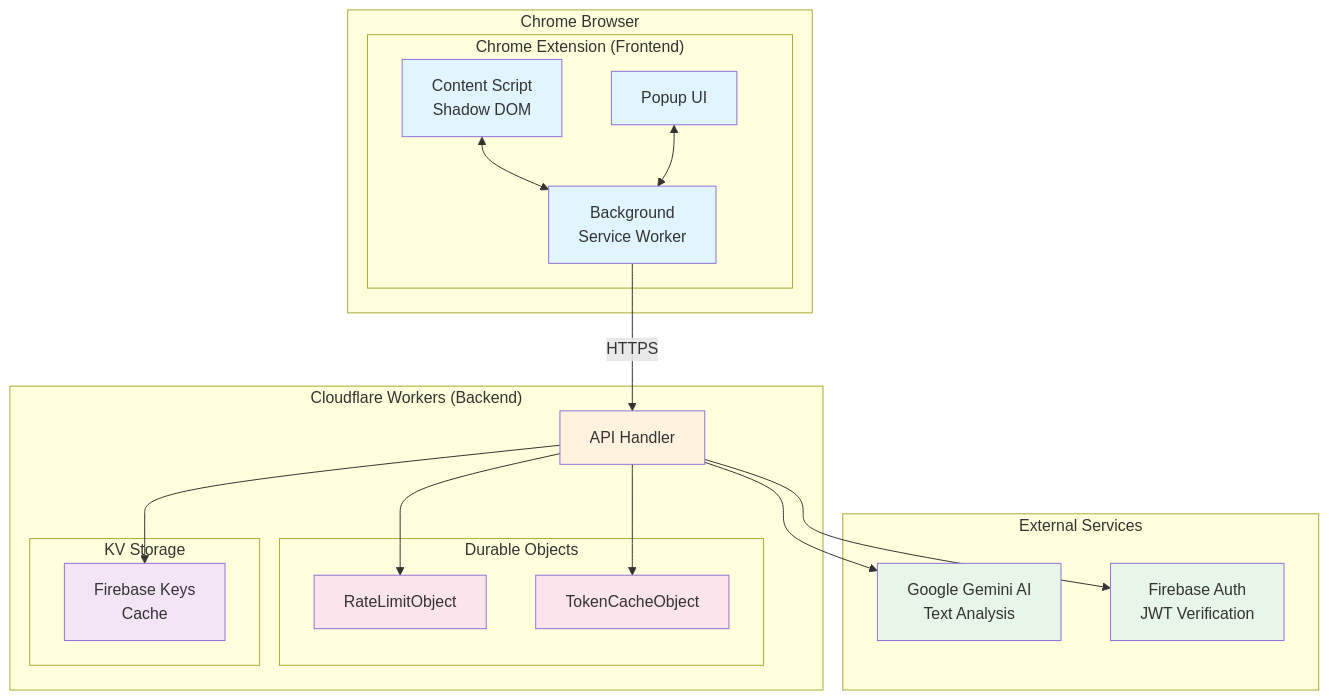
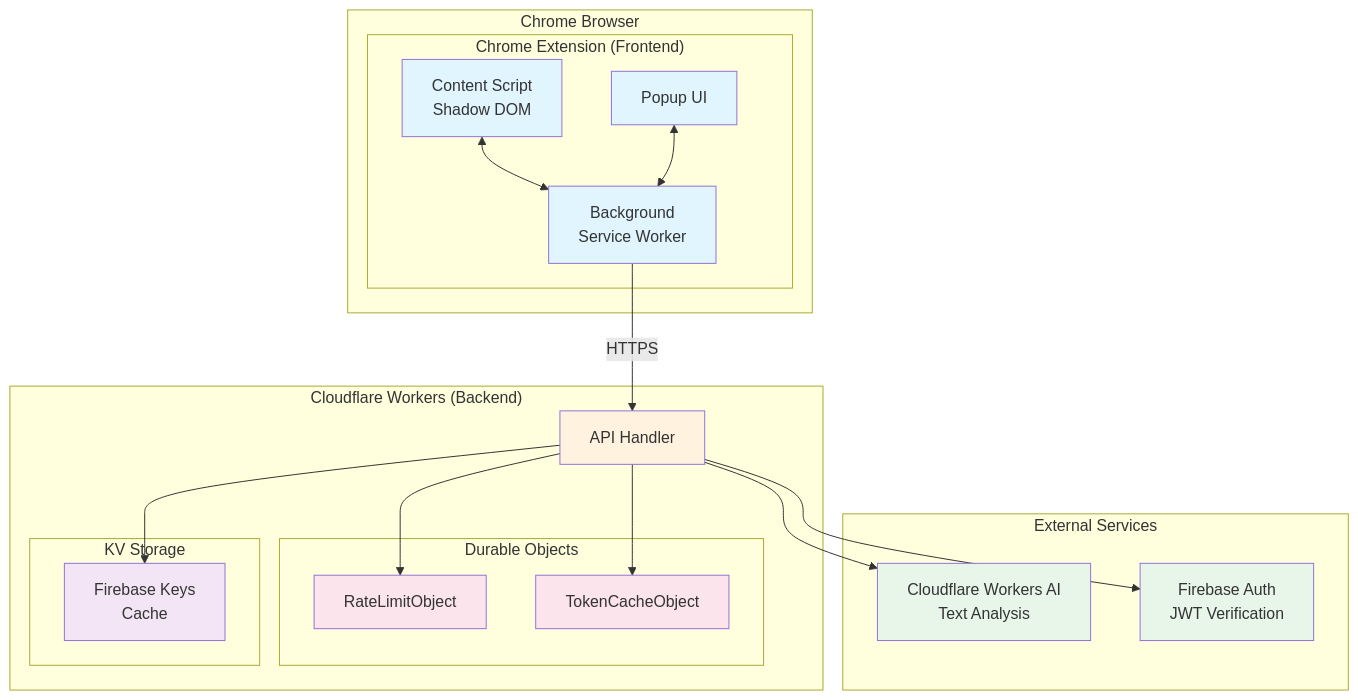
One commit to magu6767/Rocket-Search-AI changed the diagram in README.md. Above: the diagram before and after it, drawn with Mermaid. The commit also changed other lines of this file, not shown here.

Commit message:
README.mdのAI関連の記述をCloudflare Workers AIに更新し、バックエンド設定のセクションを整理しました。また、AIバインディング設定を追加しました。

````diff
--- a/README.md
+++ b/README.md
@@ -26,49 +26,49 @@
 ```mermaid
 graph TB
     subgraph "Chrome Browser"
         subgraph "Chrome Extension (Frontend)"
             CS[Content Script<br/>Shadow DOM]
             BG[Background<br/>Service Worker]
             PU[Popup UI]
             
             CS <--> BG
             PU <--> BG
         end
     end
     
     subgraph "Cloudflare Workers (Backend)"
         API[API Handler]
         
         subgraph "Durable Objects"
             RL[RateLimitObject]
             TC[TokenCacheObject]
         end
         
         subgraph "KV Storage"
             FK[Firebase Keys<br/>Cache]
         end
         
         API --> RL
         API --> TC
         API --> FK
     end
     
     subgraph "External Services"
-        GA[Google Gemini AI<br/>Text Analysis]
+        GA[Cloudflare Workers AI<br/>Text Analysis]
         FB[Firebase Auth<br/>JWT Verification]
     end
     
     BG -->|HTTPS| API
     API --> GA
     API --> FB
     
     style CS fill:#e1f5fe
     style BG fill:#e1f5fe
     style PU fill:#e1f5fe
     style API fill:#fff3e0
     style RL fill:#fce4ec
     style TC fill:#fce4ec
     style FK fill:#f3e5f5
     style GA fill:#e8f5e9
     style FB fill:#e8f5e9
 ```
````
